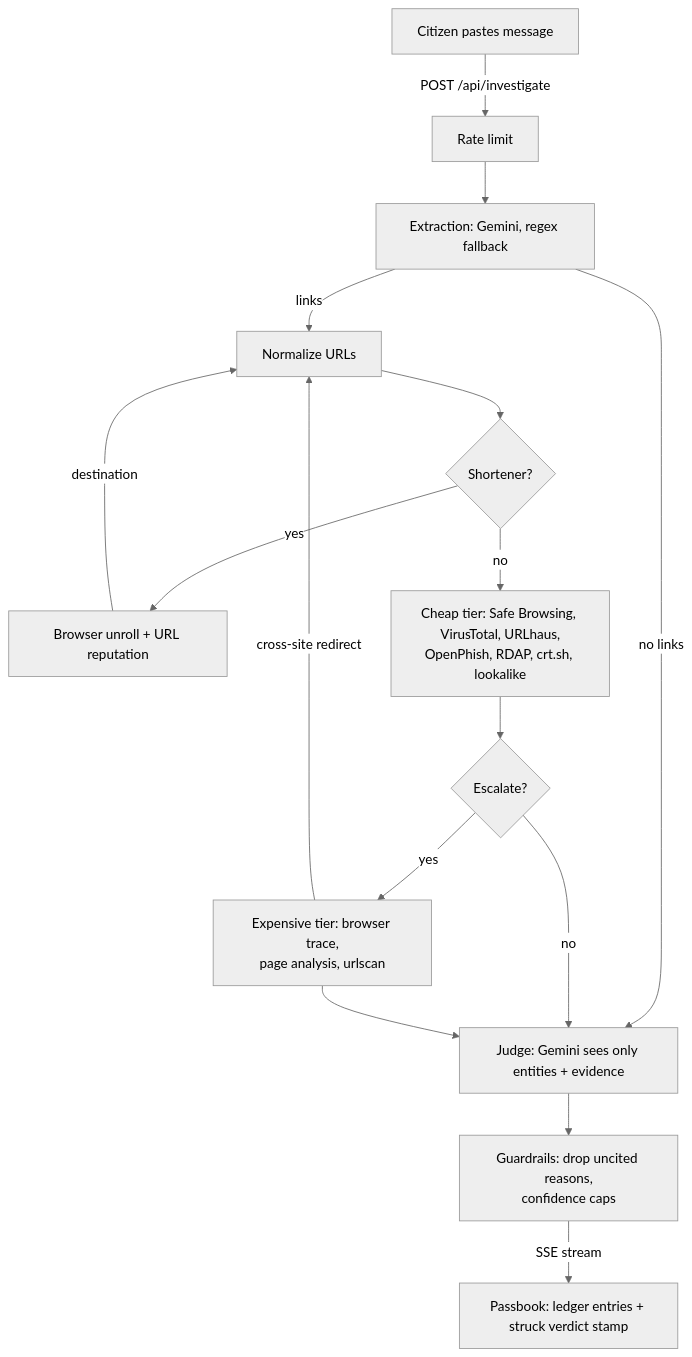
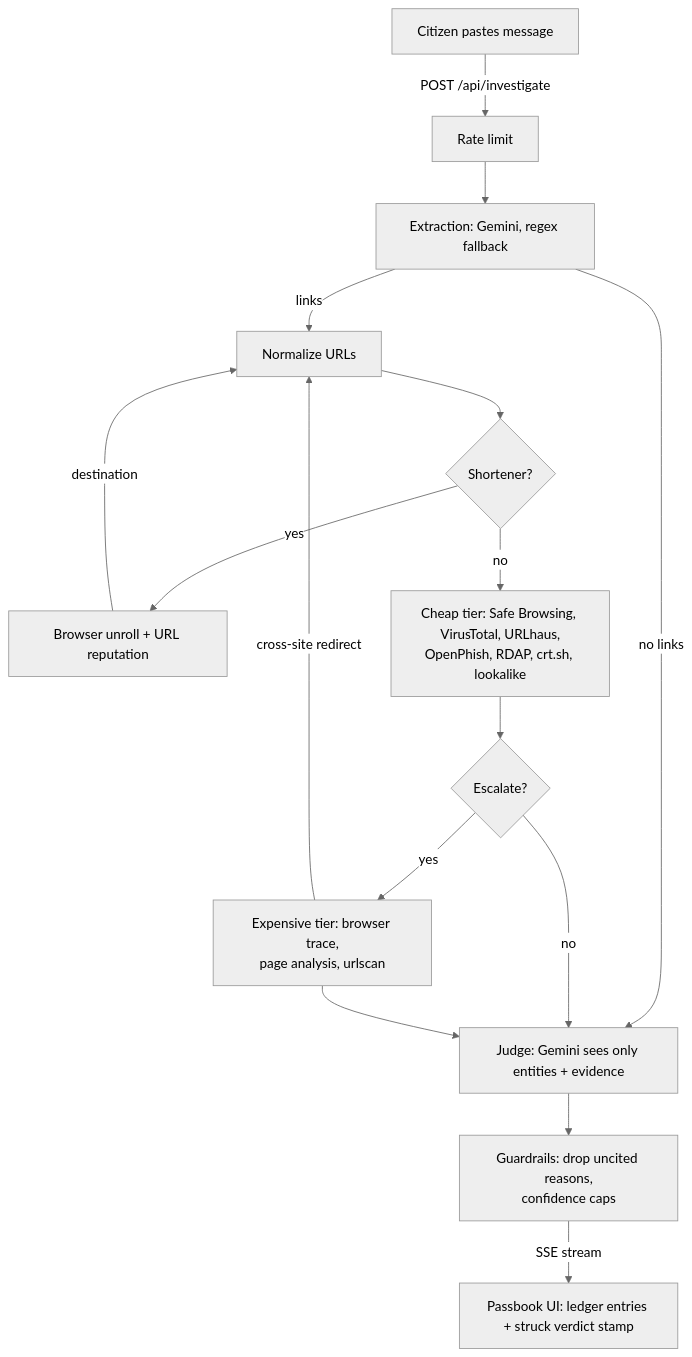
One commit to Mohit427/scam-investigator changed the diagram in README.md. Above: the diagram before and after it, drawn with Mermaid (neutral theme). The commit also changed other lines of this file and 1 other file, not shown here.

Commit message:
README: show architecture as an image, Mermaid source with quoted labels
GitHub's Mermaid viewer failed to render the diagram for some viewers; the
source is valid (checked with Mermaid 10.9 and 11.4), so the README now embeds
a pre-rendered PNG and keeps the source in a collapsible block.

````diff
--- a/README.md
+++ b/README.md
@@ -87,17 +92,18 @@
 ```mermaid
 flowchart TD
-    U[Citizen pastes message] -->|POST /api/investigate| RL[Rate limit]
-    RL --> X[Extraction: Gemini, regex fallback]
-    X -->|links| N[Normalize URLs]
-    X -->|no links| J
-    N --> S{Shortener?}
-    S -->|yes| B1[Browser unroll + URL reputation] -->|destination| N
-    S -->|no| C[Cheap tier: Safe Browsing, VirusTotal, URLhaus,<br/>OpenPhish, RDAP, crt.sh, lookalike]
-    C --> E{Escalate?}
-    E -->|yes| D[Expensive tier: browser trace,<br/>page analysis, urlscan]
-    D -->|cross-site redirect| N
-    E -->|no| J
-    D --> J[Judge: Gemini sees only entities + evidence]
-    J --> V[Guardrails: drop uncited reasons,<br/>confidence caps]
-    V -->|SSE stream| UI[Passbook: ledger entries + struck verdict stamp]
+    U["Citizen pastes message"] -->|"POST /api/investigate"| RL["Rate limit"]
+    RL --> X["Extraction: Gemini, regex fallback"]
+    X -->|"links"| N["Normalize URLs"]
+    X -->|"no links"| J
+    N --> S{"Shortener?"}
+    S -->|"yes"| B1["Browser unroll + URL reputation"]
+    B1 -->|"destination"| N
+    S -->|"no"| C["Cheap tier: Safe Browsing, VirusTotal, URLhaus,<br/>OpenPhish, RDAP, crt.sh, lookalike"]
+    C --> E{"Escalate?"}
+    E -->|"yes"| D["Expensive tier: browser trace,<br/>page analysis, urlscan"]
+    D -->|"cross-site redirect"| N
+    E -->|"no"| J
+    D --> J["Judge: Gemini sees only entities + evidence"]
+    J --> V["Guardrails: drop uncited reasons,<br/>confidence caps"]
+    V -->|"SSE stream"| UI["Passbook UI: ledger entries + struck verdict stamp"]
 ```
````
